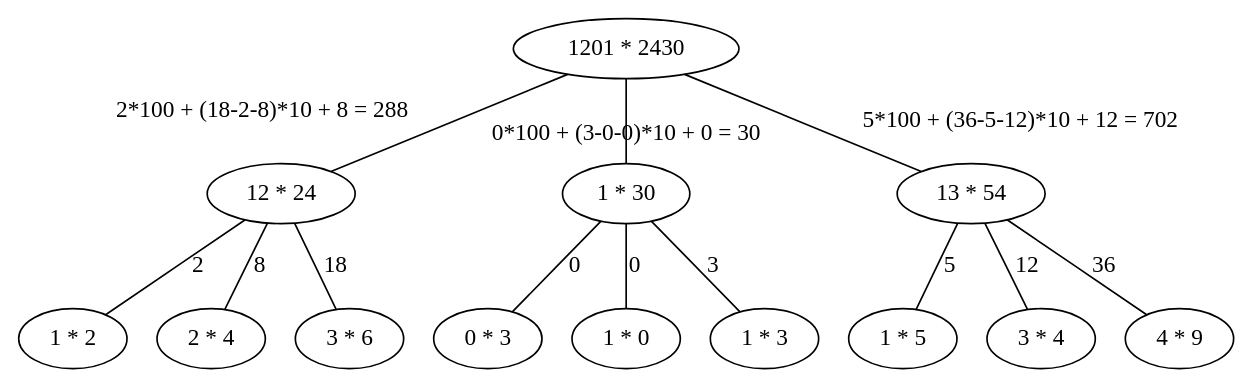
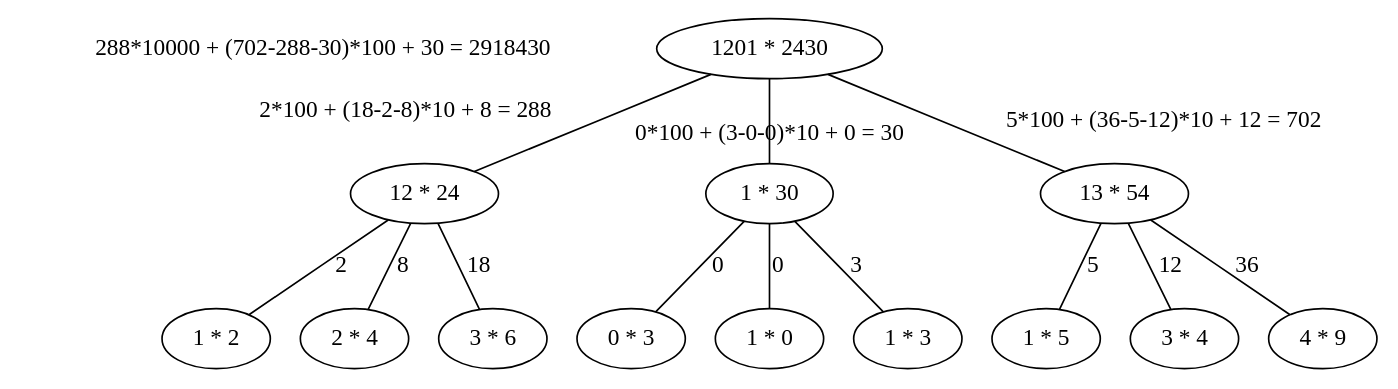
Before and after one commit to rkalz/CS452: the diagram in assn2/q3.dot, drawn with Graphviz. The commit also changed 2 other files, not shown here.

```diff
--- a/assn2/q3.dot
+++ b/assn2/q3.dot
@@ -1,14 +1,15 @@
 graph {
+    "288*10000 + (702-288-30)*100 + 30 = 2918430" [shape=none]
     "1201 * 2430" -- "12 * 24" [xlabel="2*100 + (18-2-8)*10 + 8 = 288"]
     "1201 * 2430" -- "1 * 30" [xlabel="0*100 + (3-0-0)*10 + 0 = 30"]
     "1201 * 2430" -- "13 * 54" [label="5*100 + (36-5-12)*10 + 12 = 702"]
     "12 * 24" -- "1 * 2" [label=2]
     "12 * 24" -- "2 * 4" [label=8]
     "12 * 24" -- "3 * 6" [label=18]
     "1 * 30" -- "0 * 3" [label=0]
     "1 * 30" -- "1 * 0" [label=0]
     "1 * 30" -- "1 * 3" [label=3]
     "13 * 54" -- "1 * 5" [label=5]
     "13 * 54" -- "3 * 4" [label=12]
     "13 * 54" -- "4 * 9" [label=36]
 }
```
